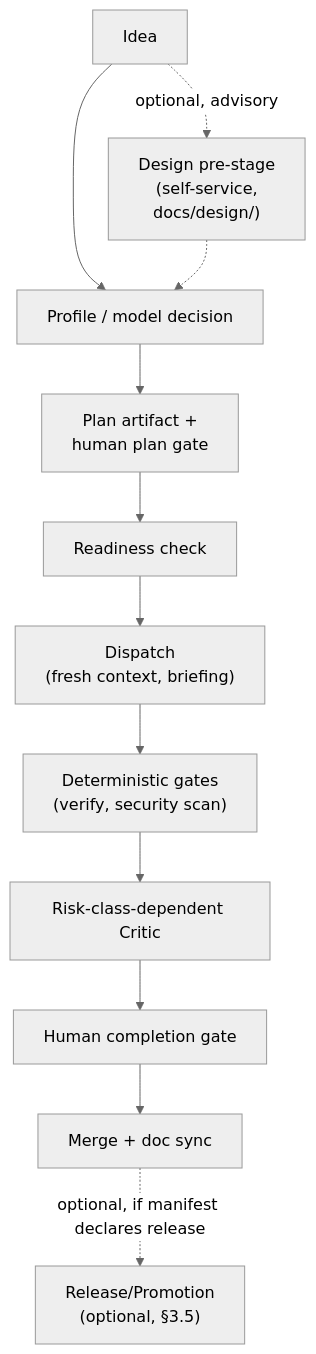
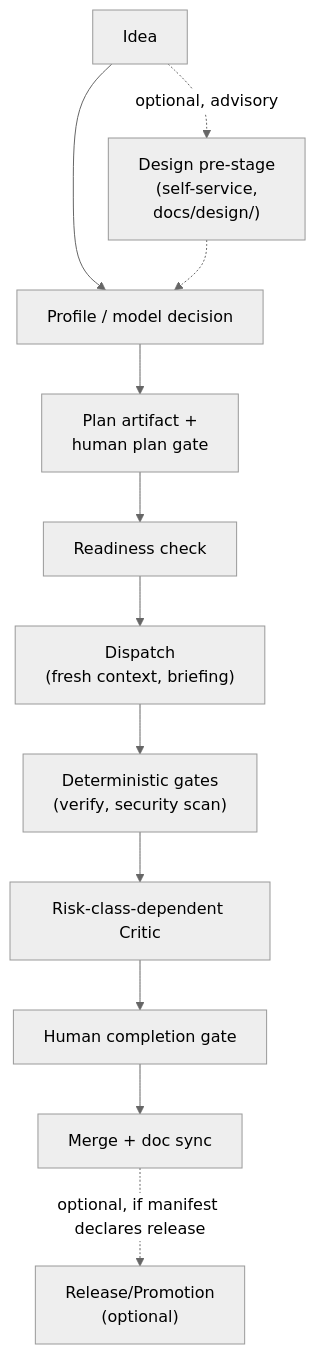
The second of 4 diagrams in README.md (agent-pipe-shared/agent-pipeline), drawn with Mermaid (neutral theme) before and after one commit. The commit also changed other lines of this file and 8 other files, not shown here.

````diff
--- a/README.md
+++ b/README.md
@@ -141,14 +141,14 @@
 ```mermaid
 flowchart TD
     ID["Idea"] --> P
     ID -.->|"optional, advisory"| DS["Design pre-stage<br/>(self-service,<br/>docs/design/)"]
     DS -.-> P
     P["Profile / model decision"] --> PL["Plan artifact +<br/>human plan gate"]
     PL --> R["Readiness check"]
     R --> D["Dispatch<br/>(fresh context, briefing)"]
     D --> G["Deterministic gates<br/>(verify, security scan)"]
     G --> C["Risk-class-dependent Critic"]
     C --> H["Human completion gate"]
     H --> M["Merge + doc sync"]
-    M -.->|"optional, if manifest declares release"| REL["Release/Promotion<br/>(optional, §3.5)"]
+    M -.->|"optional, if manifest declares release"| REL["Release/Promotion<br/>(optional)"]
 ```
````
